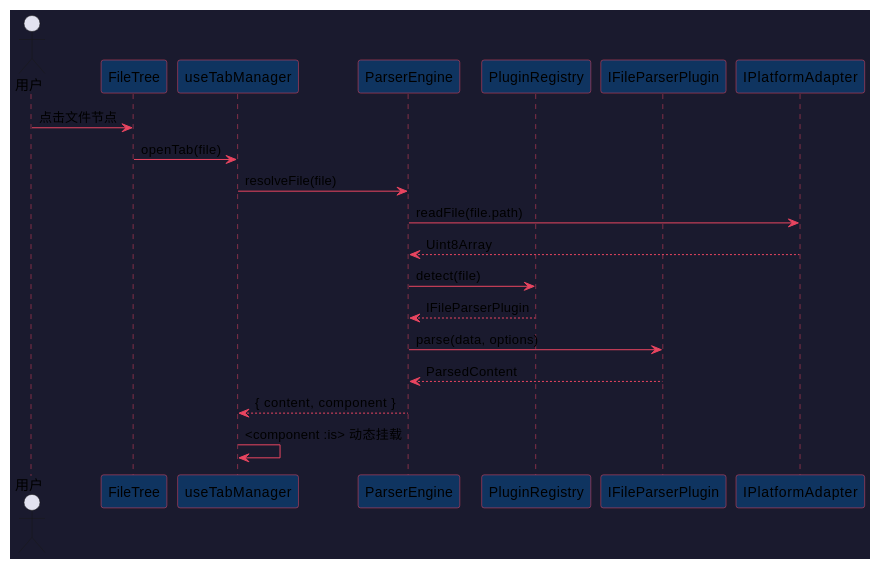
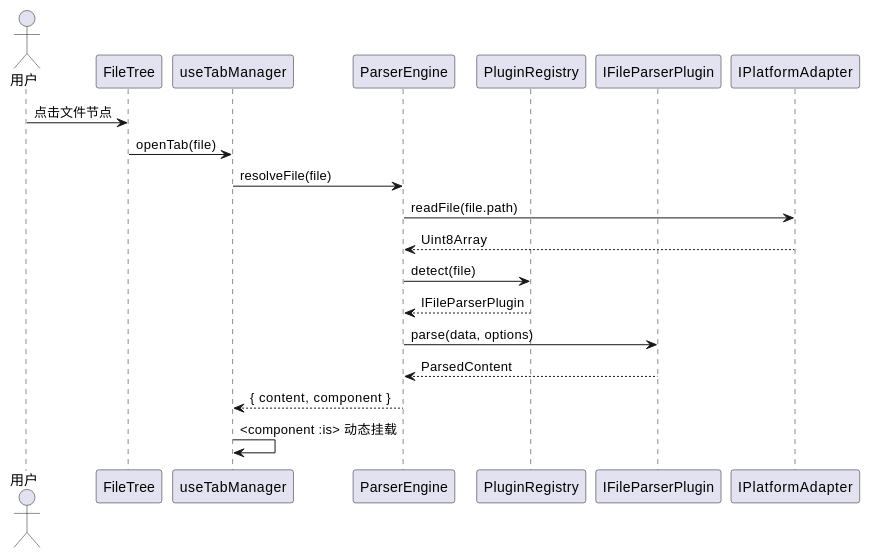
Before and after one commit to taoweidong/Hello-Tauri: the ninth of 20 diagrams in docs/superpowers/specs/2026-06-26-system-architecture-design.md, drawn with PlantUML. The commit also changed other lines of this file and 1 other file, not shown here.

Commit message:
docs: add README, remove PlantUML dark theme styles

````diff
--- a/docs/superpowers/specs/2026-06-26-system-architecture-design.md
+++ b/docs/superpowers/specs/2026-06-26-system-architecture-design.md
@@ -487,30 +443,24 @@
 ```plantuml
 @startuml
-skinparam backgroundColor #1a1a2e
-skinparam defaultTextColor #e0e0e0
-skinparam sequenceArrowColor #e94560
-skinparam sequenceParticipantBackgroundColor #0f3460
-skinparam sequenceParticipantBorderColor #e94560
-skinparam sequenceLifeLineBorderColor #e94560
 
 actor 用户
 participant "FileTree" as Tree
 participant "useTabManager" as Tab
 participant "ParserEngine" as Parser
 participant "PluginRegistry" as Registry
 participant "IFileParserPlugin" as Plugin
 participant "IPlatformAdapter" as Adapter
 
 用户 -> Tree : 点击文件节点
 Tree -> Tab : openTab(file)
 Tab -> Parser : resolveFile(file)
 Parser -> Adapter : readFile(file.path)
 Adapter --> Parser : Uint8Array
 Parser -> Registry : detect(file)
 Registry --> Parser : IFileParserPlugin
 Parser -> Plugin : parse(data, options)
 Plugin --> Parser : ParsedContent
 Parser --> Tab : { content, component }
 Tab -> Tab : <component :is> 动态挂载
 @enduml
 ```
````
